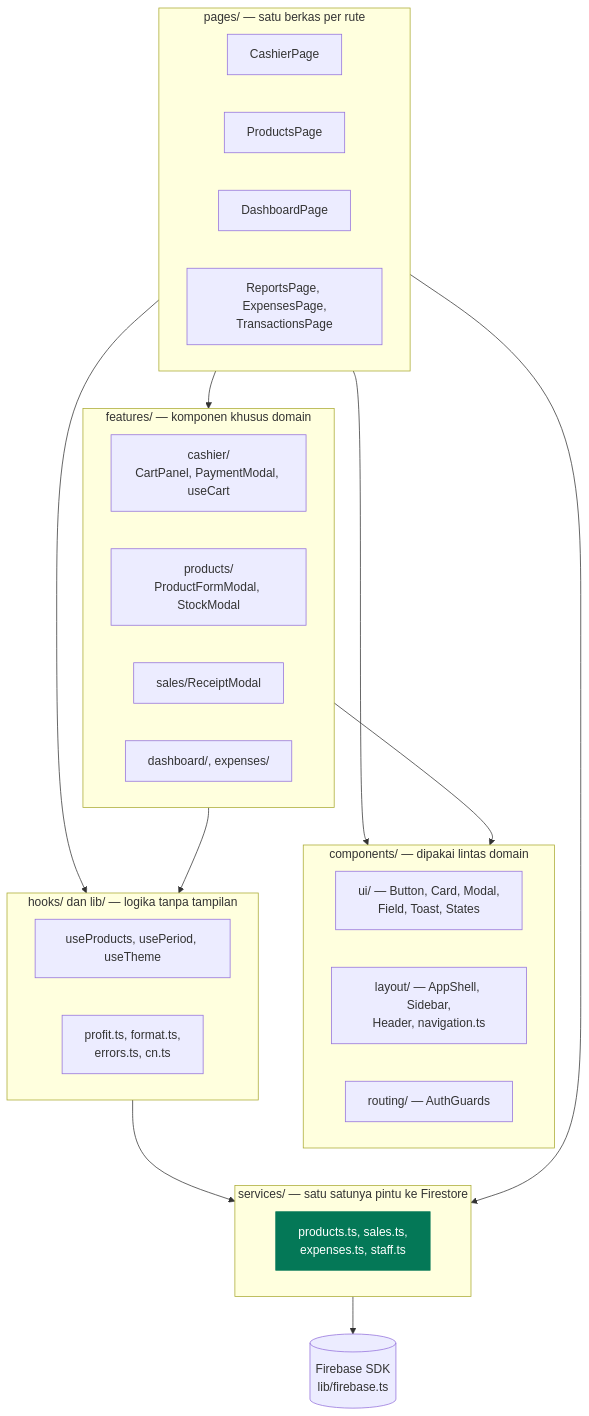
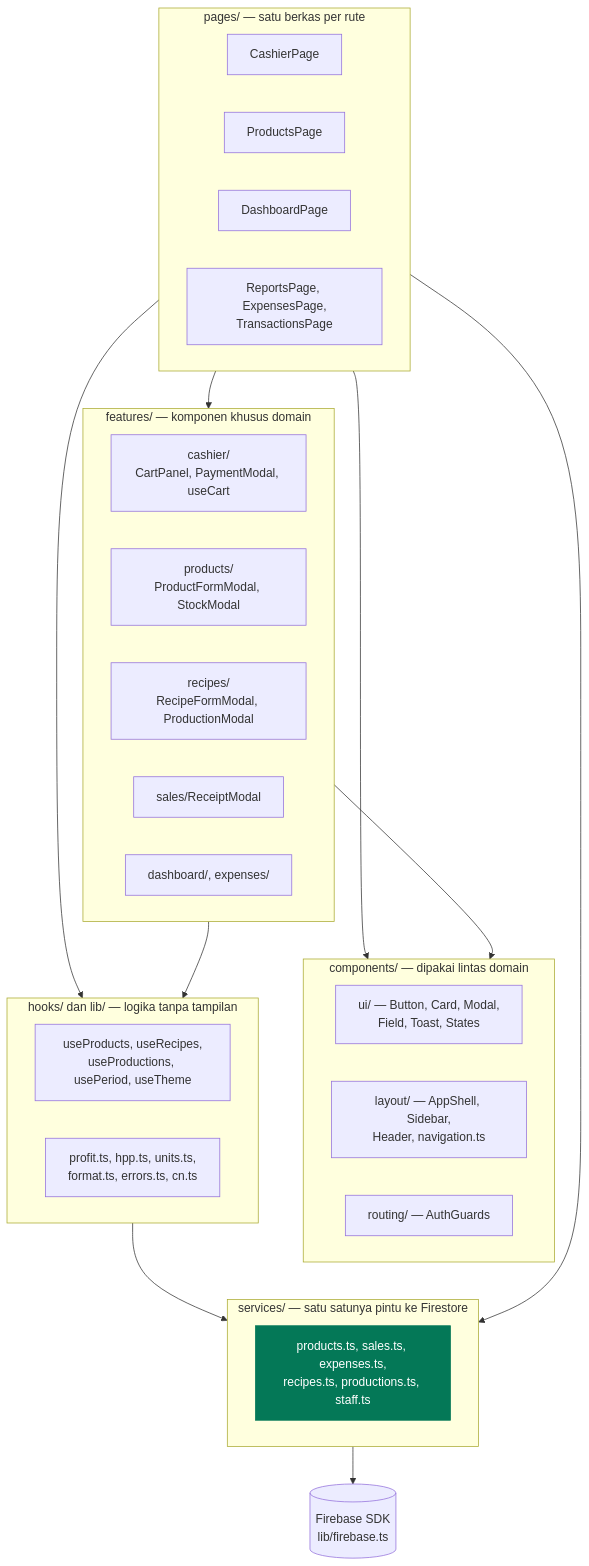
One commit to nadhimc/simple-pos-kkn-agung changed the second of 5 diagrams in docs/arsitektur.md. Above: the diagram before and after it, drawn with Mermaid. The commit also changed 6 other files, not shown here.

First line of the commit message:
docs: document the production and HPP model

````diff
--- a/docs/arsitektur.md
+++ b/docs/arsitektur.md
@@ -62,45 +62,46 @@
 ```mermaid
 flowchart TD
   subgraph pages["pages/ — satu berkas per rute"]
     P1["CashierPage"]
     P2["ProductsPage"]
     P3["DashboardPage"]
     P4["ReportsPage, ExpensesPage,<br/>TransactionsPage"]
   end
 
   subgraph features["features/ — komponen khusus domain"]
     F1["cashier/<br/>CartPanel, PaymentModal, useCart"]
     F2["products/<br/>ProductFormModal, StockModal"]
+    F5["recipes/<br/>RecipeFormModal, ProductionModal"]
     F3["sales/ReceiptModal"]
     F4["dashboard/, expenses/"]
   end
 
   subgraph shared["components/ — dipakai lintas domain"]
     UI["ui/ — Button, Card, Modal,<br/>Field, Toast, States"]
     LAY["layout/ — AppShell, Sidebar,<br/>Header, navigation.ts"]
     RT["routing/ — AuthGuards"]
   end
 
   subgraph logic["hooks/ dan lib/ — logika tanpa tampilan"]
-    H["useProducts, usePeriod, useTheme"]
-    L["profit.ts, format.ts,<br/>errors.ts, cn.ts"]
+    H["useProducts, useRecipes,<br/>useProductions, usePeriod, useTheme"]
+    L["profit.ts, hpp.ts, units.ts,<br/>format.ts, errors.ts, cn.ts"]
   end
 
   subgraph data["services/ — satu satunya pintu ke Firestore"]
-    S["products.ts, sales.ts,<br/>expenses.ts, staff.ts"]
+    S["products.ts, sales.ts, expenses.ts,<br/>recipes.ts, productions.ts, staff.ts"]
   end
 
   FB[("Firebase SDK<br/>lib/firebase.ts")]
 
   pages --> features
   pages --> shared
   pages --> logic
   features --> logic
   features --> shared
   logic --> data
   pages --> data
   data --> FB
 
   classDef gate fill:#047857,stroke:#047857,color:#ffffff
   class S gate
 ```
````
